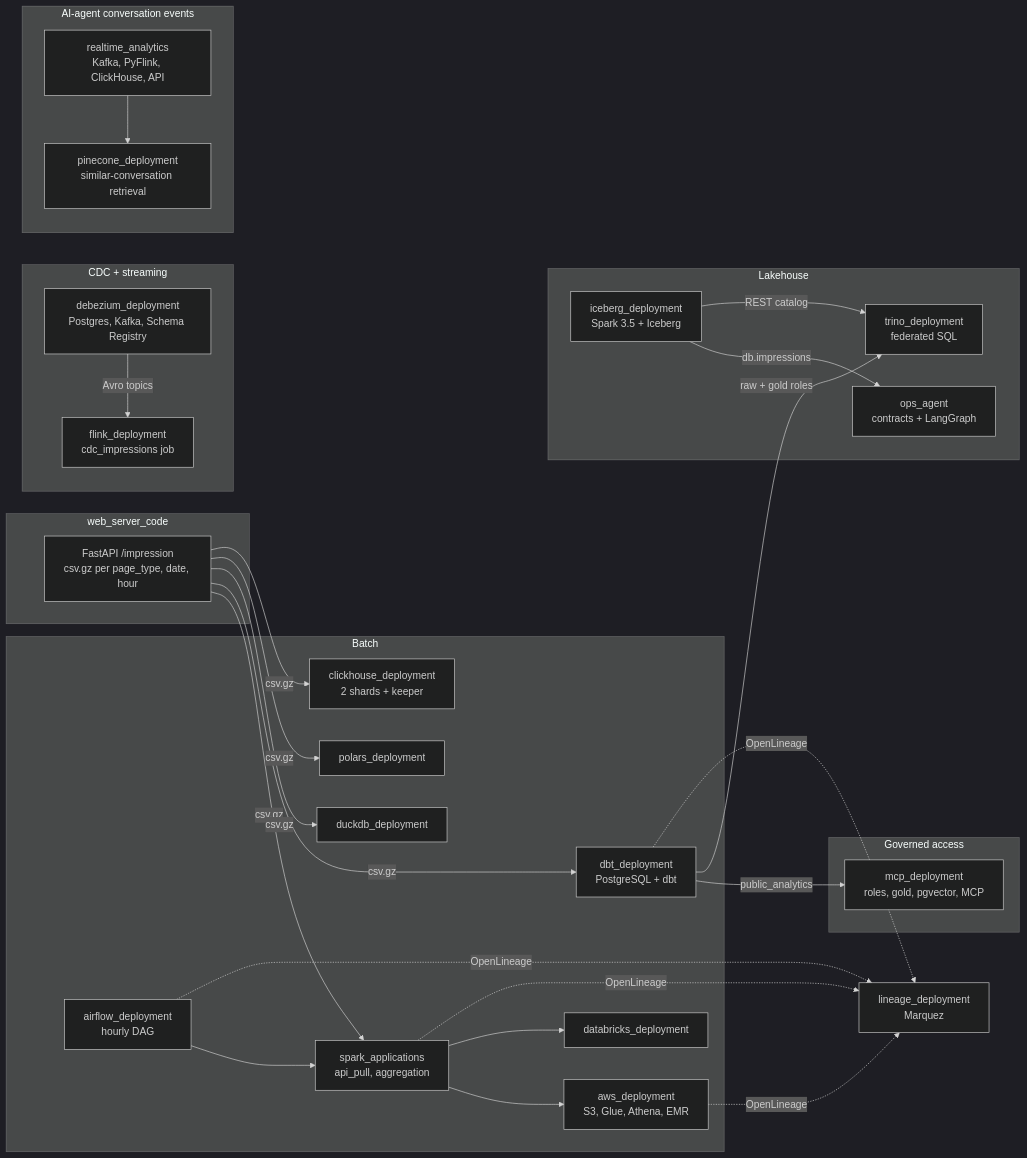
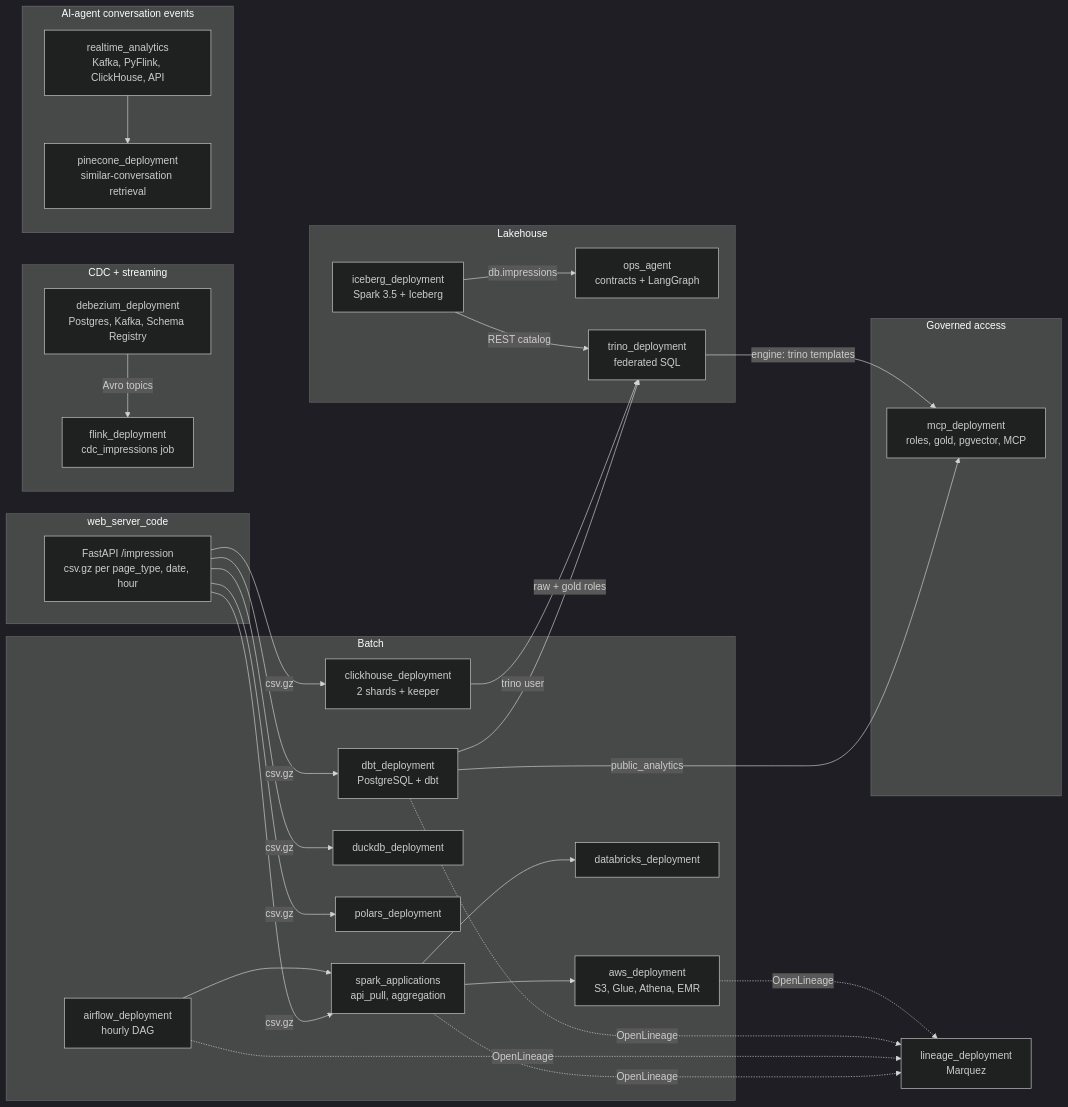
One commit to rubinder/data_processing changed the diagram in README.md. Above: the diagram before and after it, drawn with Mermaid (dark theme). The commit also changed other lines of this file and 32 other files, not shown here.

First line of the commit message:
Trino: ClickHouse catalog with a three-way reconciliation; Trino as a second engine behind the MCP templates

````diff
--- a/README.md
+++ b/README.md
@@ -83,58 +83,60 @@
 ```mermaid
 flowchart LR
     subgraph source["web_server_code"]
         api["FastAPI /impression<br/>csv.gz per page_type, date, hour"]
     end
 
     subgraph batch["Batch"]
         spark["spark_applications<br/>api_pull, aggregation"]
         airflow["airflow_deployment<br/>hourly DAG"]
         aws["aws_deployment<br/>S3, Glue, Athena, EMR"]
         dbx["databricks_deployment"]
         dbt["dbt_deployment<br/>PostgreSQL + dbt"]
         duck["duckdb_deployment"]
         polars["polars_deployment"]
         ch["clickhouse_deployment<br/>2 shards + keeper"]
     end
 
     subgraph lakehouse["Lakehouse"]
         iceberg["iceberg_deployment<br/>Spark 3.5 + Iceberg"]
         ops["ops_agent<br/>contracts + LangGraph"]
         trino["trino_deployment<br/>federated SQL"]
     end
 
     subgraph cdc["CDC + streaming"]
         dbz["debezium_deployment<br/>Postgres, Kafka, Schema Registry"]
         flink["flink_deployment<br/>cdc_impressions job"]
     end
 
     subgraph gold["Governed access"]
         mcp["mcp_deployment<br/>roles, gold, pgvector, MCP"]
     end
 
     subgraph conv["AI-agent conversation events"]
         rt["realtime_analytics<br/>Kafka, PyFlink, ClickHouse, API"]
         pine["pinecone_deployment<br/>similar-conversation retrieval"]
     end
 
     lineage["lineage_deployment<br/>Marquez"]
 
     api -->|"csv.gz"| spark
     api -->|"csv.gz"| dbt
     api -->|"csv.gz"| duck
     api -->|"csv.gz"| polars
     api -->|"csv.gz"| ch
     airflow --> spark
     spark --> aws
     spark --> dbx
     dbt -->|"public_analytics"| mcp
     iceberg -->|"db.impressions"| ops
     iceberg -->|"REST catalog"| trino
     dbt -->|"raw + gold roles"| trino
+    ch -->|"trino user"| trino
+    trino -->|"engine: trino templates"| mcp
     dbz -->|"Avro topics"| flink
     rt --> pine
     spark -.->|"OpenLineage"| lineage
     airflow -.->|"OpenLineage"| lineage
     dbt -.->|"OpenLineage"| lineage
     aws -.->|"OpenLineage"| lineage
 ```
````
